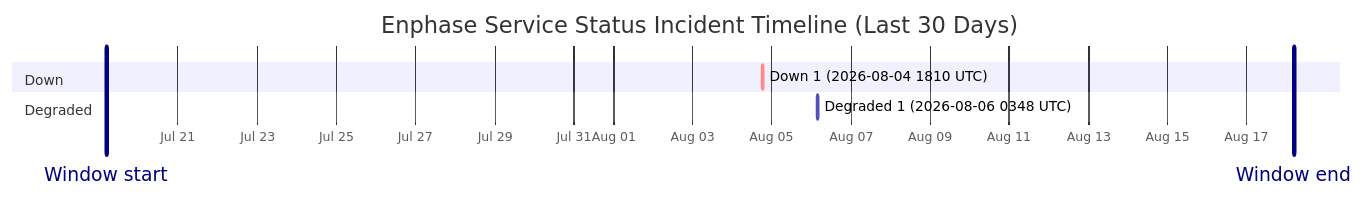
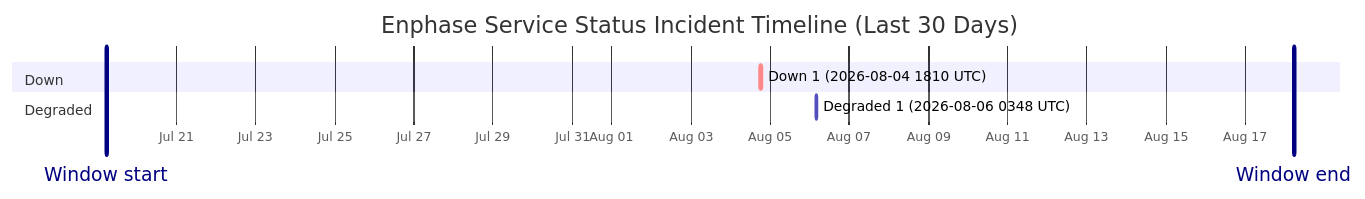
The diagram in wiki/Service-Status-History.md (barneyonline/ha-enphase-energy), drawn with Mermaid before and after one commit. The commit also changed other lines of this file and 3 other files, not shown here.

````diff
--- a/wiki/Service-Status-History.md
+++ b/wiki/Service-Status-History.md
@@ -14,12 +14,12 @@
 ```mermaid
 gantt
     title Enphase Service Status Incident Timeline (Last 30 Days)
     dateFormat  YYYY-MM-DDTHH:mm:ss
     axisFormat  %b %d
-    Window start :vert, window-start, 2026-07-19T04:32:53, 0ms
-    Window end :vert, window-end, 2026-08-18T04:32:53, 0ms
+    Window start :vert, window-start, 2026-07-19T05:26:43, 0ms
+    Window end :vert, window-end, 2026-08-18T05:26:43, 0ms
     section Down
     Down 1 (2026-08-04 1810 UTC) :crit, down-1, 2026-08-04T18:10:46, 60m
     section Degraded
     Degraded 1 (2026-08-06 0348 UTC) :active, degraded-1, 2026-08-06T03:48:14, 60m
 ```
````
